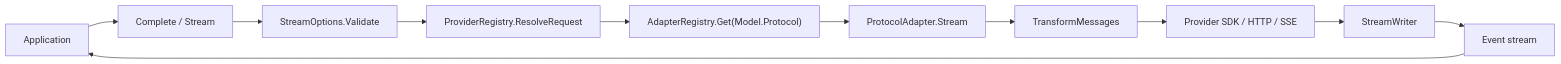
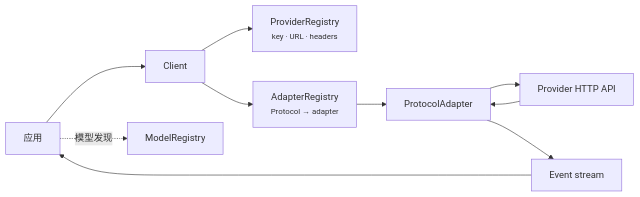
One commit to ktsoator/or changed the first of 2 diagrams in docs/llm/developer-guide.zh.md. Above: the diagram before and after it, drawn with Mermaid. The commit also changed other lines of this file and 55 other files, not shown here.

````diff
--- a/docs/llm/developer-guide.zh.md
+++ b/docs/llm/developer-guide.zh.md
@@ -65,13 +53,10 @@
 ```mermaid
 flowchart LR
-    app["Application"] --> entry["Complete / Stream"]
-    entry --> validate["StreamOptions.Validate"]
-    validate --> providers["ProviderRegistry.ResolveRequest"]
-    providers --> registry["AdapterRegistry.Get(Model.Protocol)"]
-    registry --> adapter["ProtocolAdapter.Stream"]
-    adapter --> transform["TransformMessages"]
-    transform --> sdk["Provider SDK / HTTP / SSE"]
-    sdk --> writer["StreamWriter"]
-    writer --> events["Event stream"]
-    events --> app
+    app["应用"] --> client["Client"]
+    client --> providers["ProviderRegistry<br/><small>key · URL · headers</small>"]
+    client --> adapters["AdapterRegistry<br/><small>Protocol → adapter</small>"]
+    app -. 模型发现 .-> models["ModelRegistry"]
+    adapters --> adapter["ProtocolAdapter"]
+    adapter --> provider["Provider HTTP API"]
+    provider --> adapter --> events["Event stream"] --> app
 ```
````
